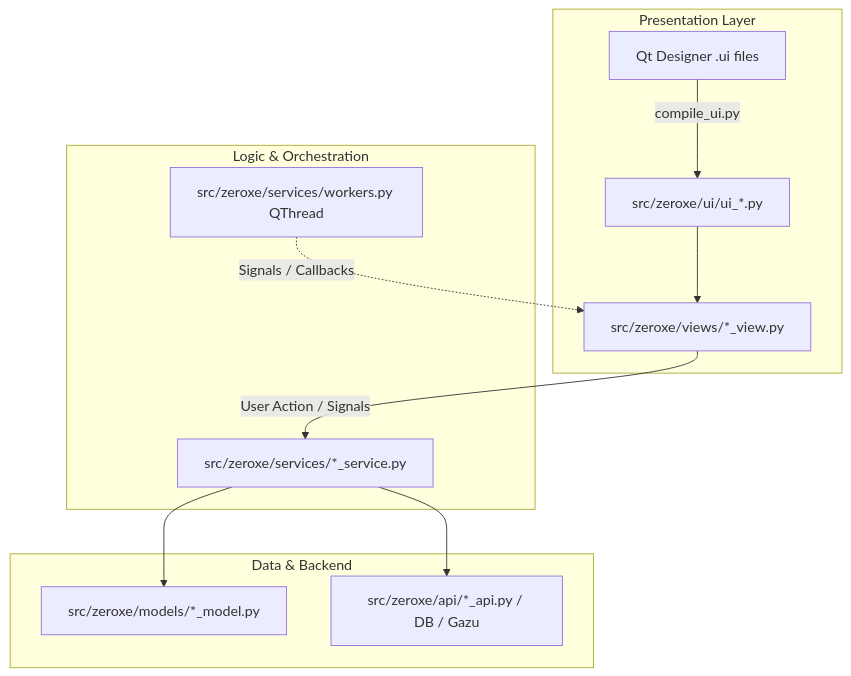
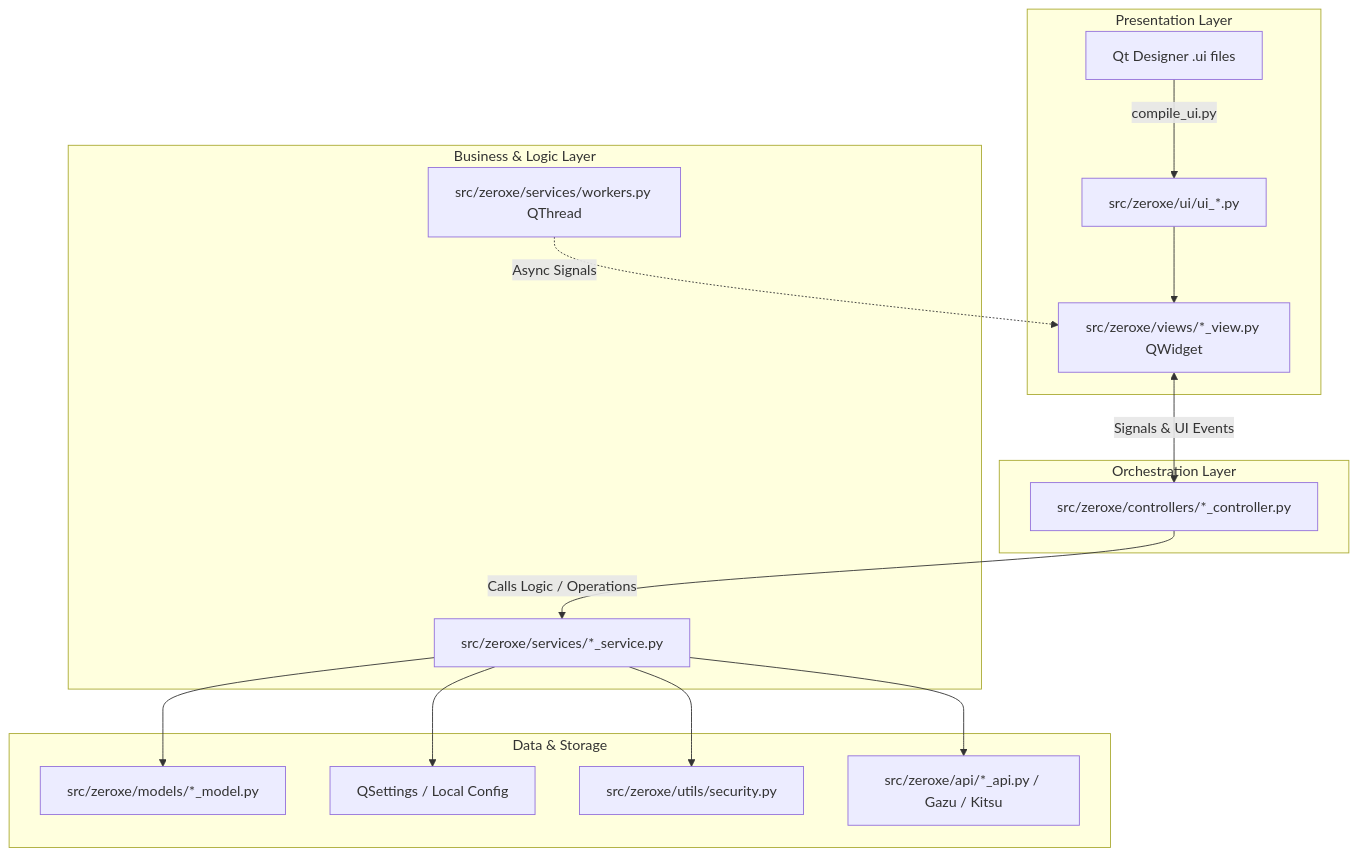
One commit to iYapi/ZeroXe changed the diagram in docs/ARCHITECTURE_GUIDE.md. Above: the diagram before and after it, drawn with Mermaid. The commit also changed other lines of this file and 2 other files, not shown here.

````diff
--- a/docs/ARCHITECTURE_GUIDE.md
+++ b/docs/ARCHITECTURE_GUIDE.md
@@ -11,17 +11,23 @@
 ```mermaid
 graph TD
     subgraph UI_Layer [Presentation Layer]
         Designer[Qt Designer .ui files] -->|compile_ui.py| GenUI[src/zeroxe/ui/ui_*.py]
-        GenUI --> View[src/zeroxe/views/*_view.py]
+        GenUI --> View[src/zeroxe/views/*_view.py QWidget]
     end
 
-    subgraph Logic_Layer [Logic & Orchestration]
-        View -->|User Action / Signals| Service[src/zeroxe/services/*_service.py]
-        Worker[src/zeroxe/services/workers.py QThread] -.->|Signals / Callbacks| View
+    subgraph Controller_Layer [Orchestration Layer]
+        View <-->|Signals & UI Events| Controller[src/zeroxe/controllers/*_controller.py]
     end
 
-    subgraph Data_Layer [Data & Backend]
+    subgraph Service_Layer [Business & Logic Layer]
+        Controller -->|Calls Logic / Operations| Service[src/zeroxe/services/*_service.py]
+        Worker[src/zeroxe/services/workers.py QThread] -.->|Async Signals| View
+    end
+
+    subgraph Data_Layer [Data & Storage]
         Service --> Model[src/zeroxe/models/*_model.py]
-        Service --> API[src/zeroxe/api/*_api.py / DB / Gazu]
+        Service --> Storage[QSettings / Local Config]
+        Service --> Security[src/zeroxe/utils/security.py]
+        Service --> API[src/zeroxe/api/*_api.py / Gazu / Kitsu]
     end
 ```
````
